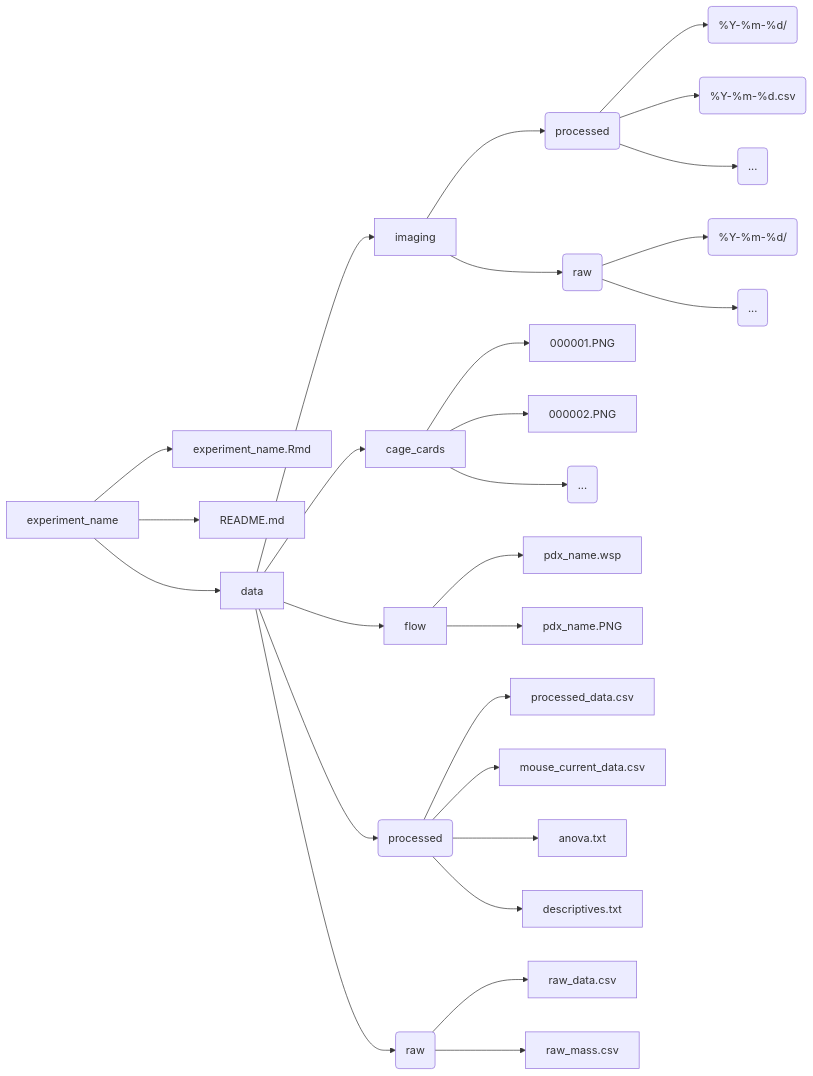
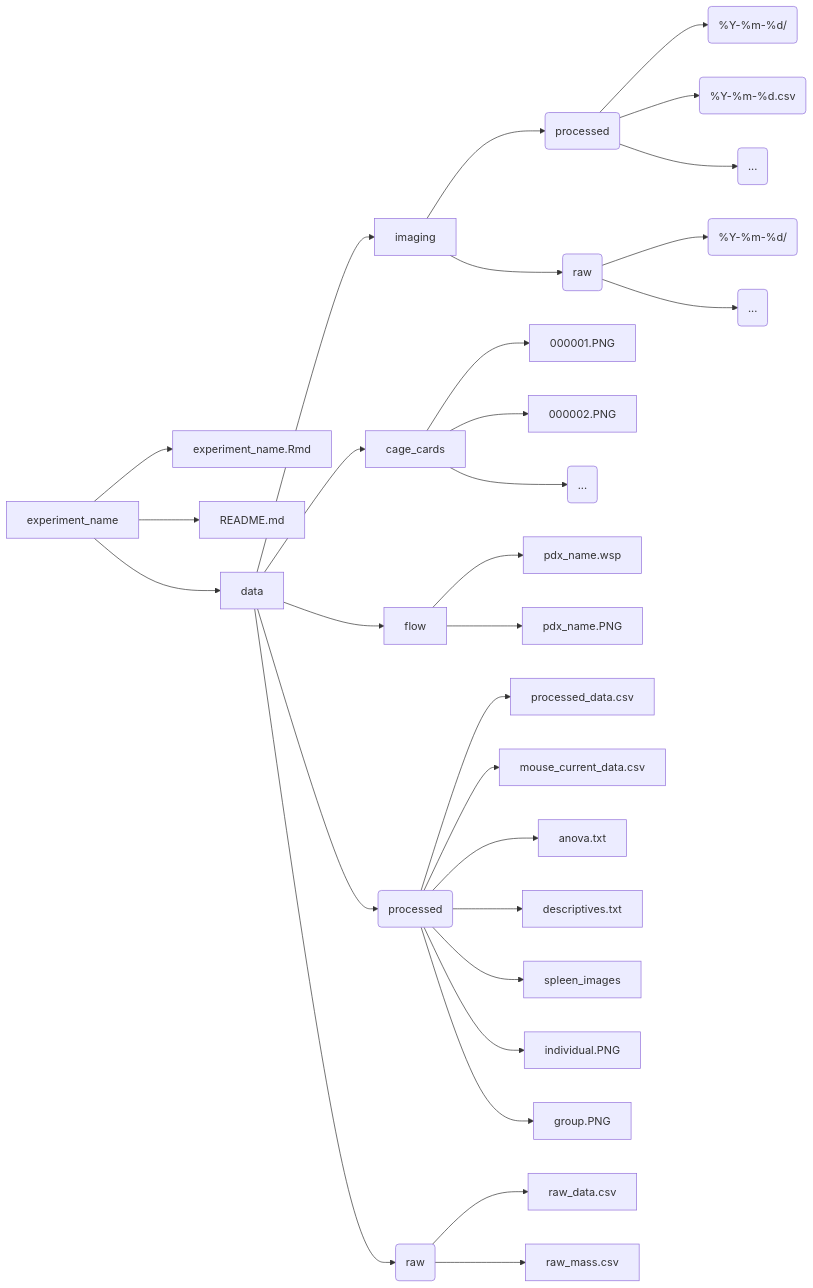
The diagram in README.md (mmccoy-01/bioluminescent_imaging_experimental_template), drawn with Mermaid before and after one commit. The commit also changed other lines of this file, not shown here.

````diff
--- a/README.md
+++ b/README.md
@@ -49,41 +57,45 @@
 ```mermaid
 graph LR
 experiment_name --> experiment_name.Rmd
 experiment_name --> README.md
 experiment_name --> data
 
 data --> imaging
 
 imaging --> G(processed)
 
 G(processed) --> A(%Y-%m-%d/)
 G(processed) --> L(%Y-%m-%d.csv)
 G(processed) --> I(...)
 
 imaging --> E(raw)
 
 E(raw) --> C(%Y-%m-%d/)
 E(raw) --> J(...)
 
 data --> cage_cards
 
 cage_cards --> 000001.PNG
 cage_cards --> 000002.PNG
 cage_cards --> K(...)
 
 data --> flow
 
 flow --> pdx_name.wsp
 flow --> pdx_name.PNG
 
 data --> H(processed)
 
 H(processed) --> processed_data.csv
 H(processed) --> mouse_current_data.csv
 H(processed) --> anova.txt
 H(processed) --> descriptives.txt
+H(processed) --> spleen_images
+H(processed) --> individual.PNG
+H(processed) --> group.PNG
+
 data --> F(raw)
 
 F(raw) --> raw_data.csv
 F(raw) --> raw_mass.csv
 ```
````
